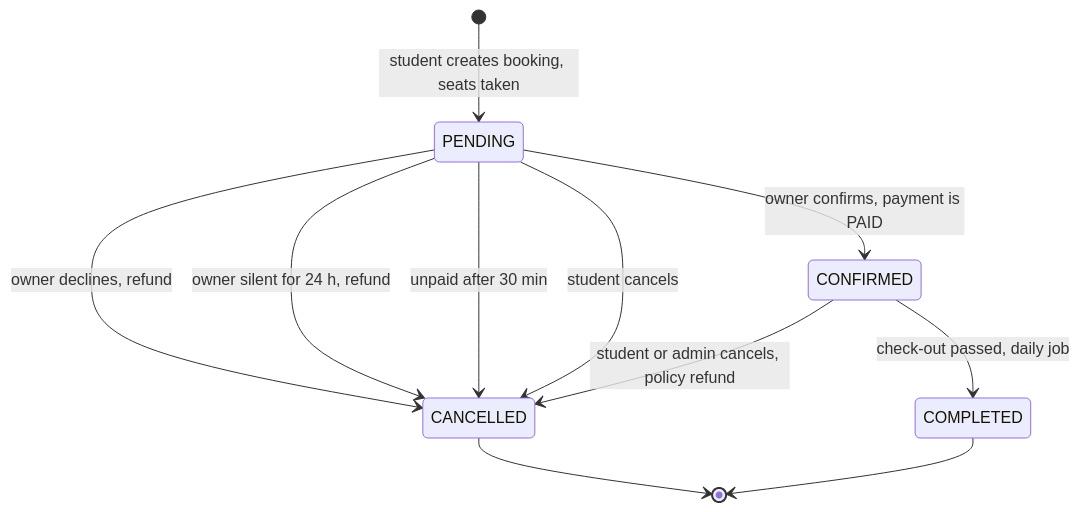
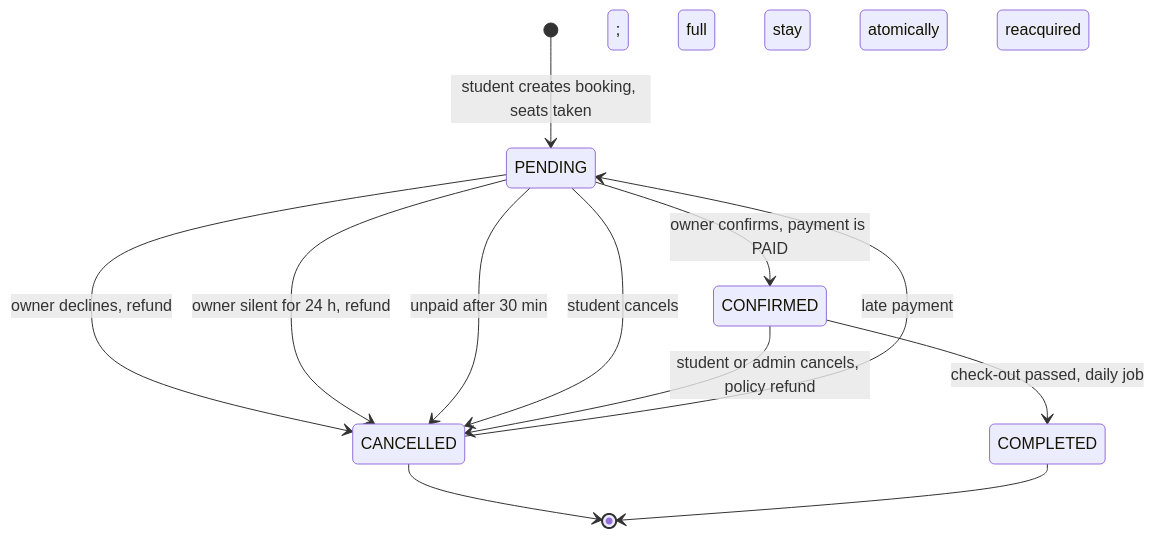
Before and after one commit to absangi00911-beep/hostello: the third of 8 diagrams in SYSTEM.md, drawn with Mermaid. The commit also changed other lines of this file and 33 other files, not shown here.

First line of the commit message:
feat: resolve late payments and retry cancelled refunds

````diff
--- a/SYSTEM.md
+++ b/SYSTEM.md
@@ -303,13 +304,14 @@
 ```mermaid
 stateDiagram-v2
   [*] --> PENDING: student creates booking, seats taken
   PENDING --> CONFIRMED: owner confirms, payment is PAID
   PENDING --> CANCELLED: owner declines, refund
   PENDING --> CANCELLED: owner silent for 24 h, refund
   PENDING --> CANCELLED: unpaid after 30 min
   PENDING --> CANCELLED: student cancels
   CONFIRMED --> CANCELLED: student or admin cancels, policy refund
   CONFIRMED --> COMPLETED: check-out passed, daily job
+  CANCELLED --> PENDING: late payment; full stay atomically reacquired
   CANCELLED --> [*]
   COMPLETED --> [*]
 ```
````
